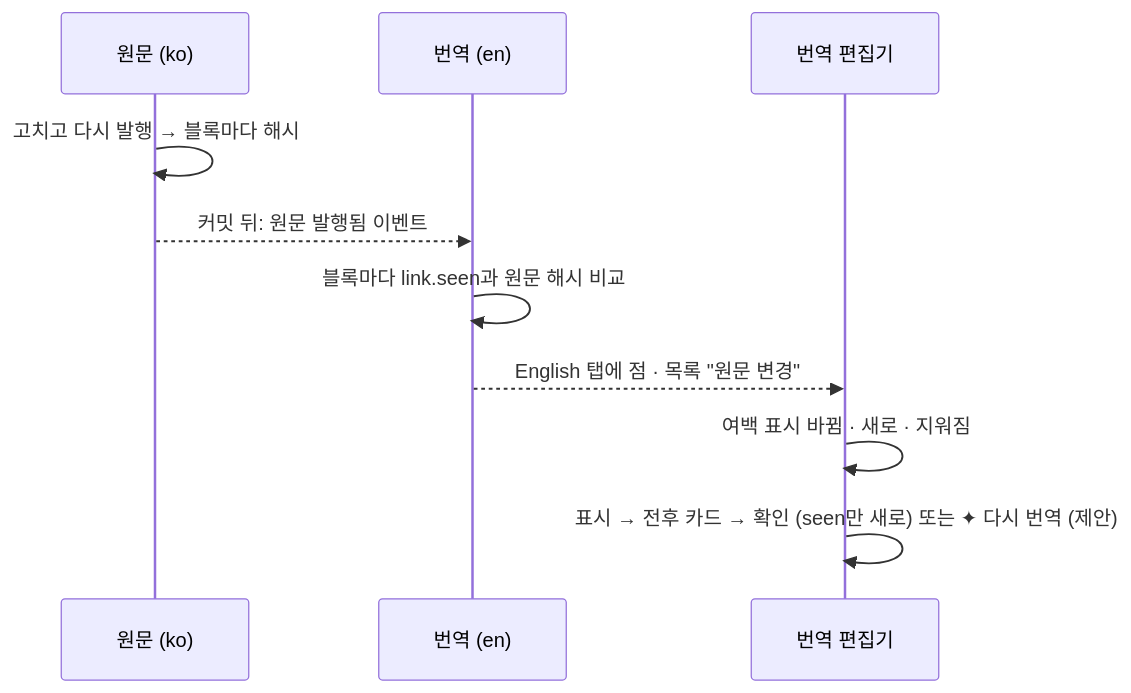
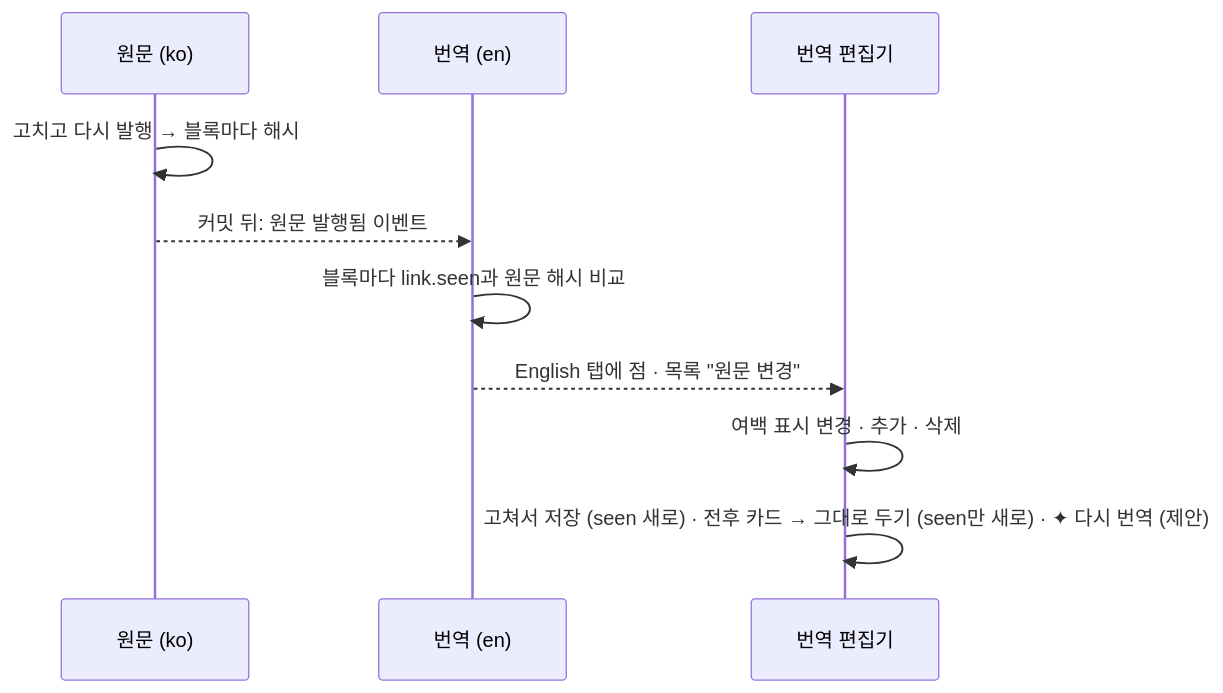
The second of 4 diagrams in docs/design/features/04-languages.md (monti-cms/monti), drawn with Mermaid before and after one commit. The commit also changed other lines of this file and 19 other files, not shown here.

````diff
--- a/docs/design/features/04-languages.md
+++ b/docs/design/features/04-languages.md
@@ -75,13 +75,13 @@
 ```mermaid
 sequenceDiagram
   participant S as 원문 (ko)
   participant T as 번역 (en)
   participant E as 번역 편집기
 
   S->>S: 고치고 다시 발행 → 블록마다 해시
   S-->>T: 커밋 뒤: 원문 발행됨 이벤트
   T->>T: 블록마다 link.seen과 원문 해시 비교
   T-->>E: English 탭에 점 · 목록 "원문 변경"
-  E->>E: 여백 표시 바뀜 · 새로 · 지워짐
-  E->>E: 표시 → 전후 카드 → 확인 (seen만 새로) 또는 ✦ 다시 번역 (제안)
+  E->>E: 여백 표시 변경 · 추가 · 삭제
+  E->>E: 고쳐서 저장 (seen 새로) · 전후 카드 → 그대로 두기 (seen만 새로) · ✦ 다시 번역 (제안)
 ```
````
